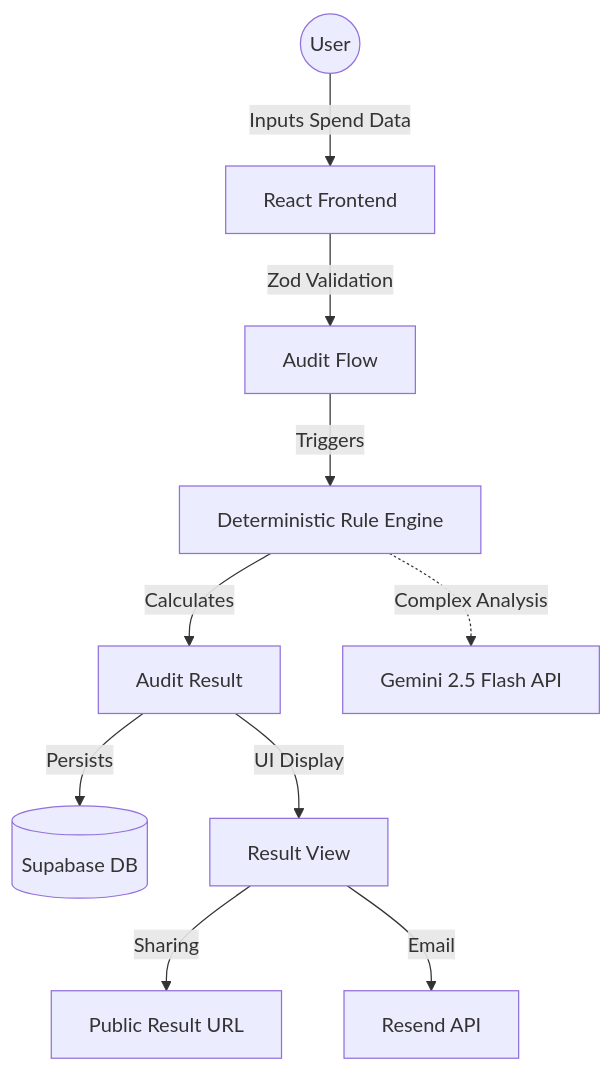
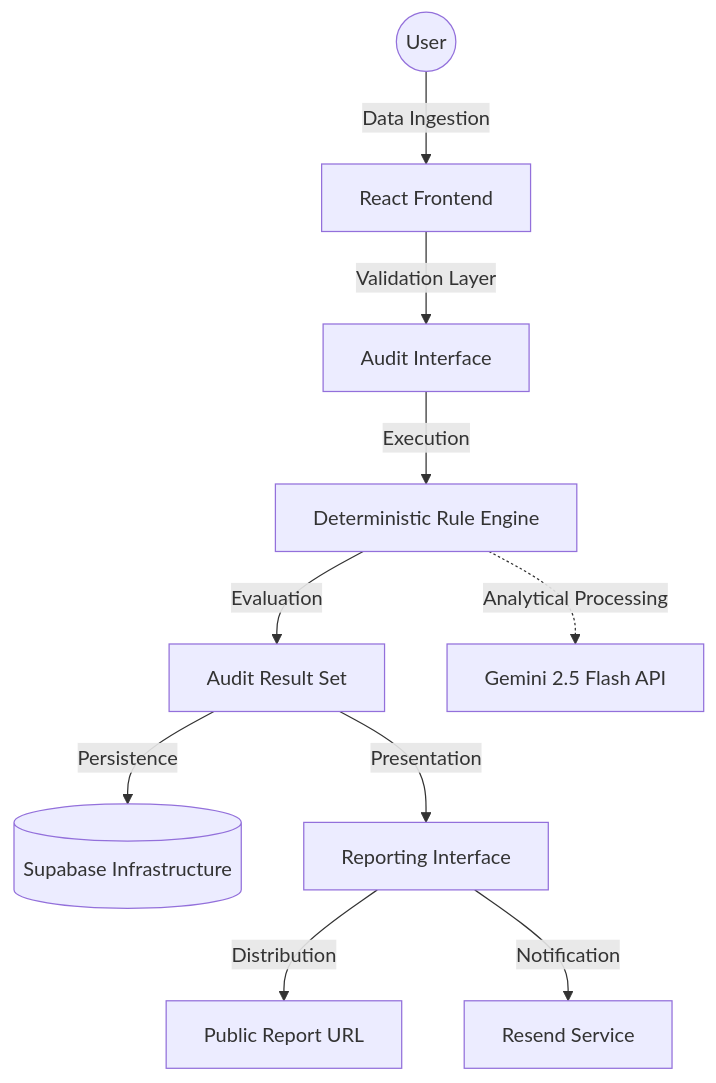
One commit to TarunyaProgrammer/vyay-aiCreditsAuditer changed the diagram in ARCHITECTURE.md. Above: the diagram before and after it, drawn with Mermaid. The commit also changed other lines of this file and 16 other files, not shown here.

````diff
--- a/ARCHITECTURE.md
+++ b/ARCHITECTURE.md
@@ -7,13 +9,13 @@
 ```mermaid
 graph TD
-    User((User)) -->|Inputs Spend Data| WebApp[React Frontend]
-    WebApp -->|Zod Validation| FormLogic[Audit Flow]
-    FormLogic -->|Triggers| AuditEngine[Deterministic Rule Engine]
-    AuditEngine -->|Calculates| Results[Audit Result]
-    Results -->|Persists| Supabase[(Supabase DB)]
-    Results -->|UI Display| ResultPage[Result View]
+    User((User)) -->|Data Ingestion| WebApp[React Frontend]
+    WebApp -->|Validation Layer| FormLogic[Audit Interface]
+    FormLogic -->|Execution| AuditEngine[Deterministic Rule Engine]
+    AuditEngine -->|Evaluation| Results[Audit Result Set]
+    Results -->|Persistence| Supabase[(Supabase Infrastructure)]
+    Results -->|Presentation| ResultPage[Reporting Interface]
     
-    AuditEngine -.->|Complex Analysis| Gemini[Gemini 2.5 Flash API]
-    ResultPage -->|Sharing| PublicLink[Public Result URL]
-    ResultPage -->|Email| Resend[Resend API]
+    AuditEngine -.->|Analytical Processing| Gemini[Gemini 2.5 Flash API]
+    ResultPage -->|Distribution| PublicLink[Public Report URL]
+    ResultPage -->|Notification| Resend[Resend Service]
 ```
````
